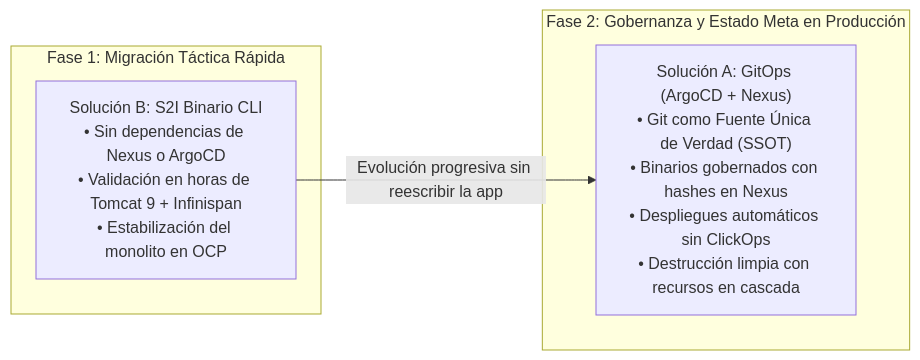
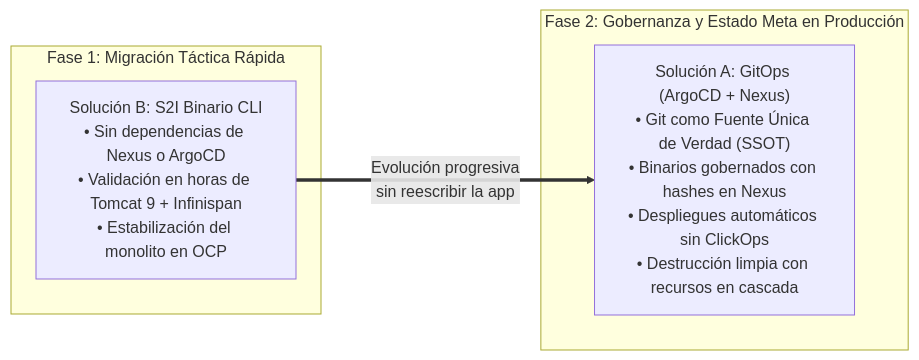
The first of 2 diagrams in README.md (nubenetes/OpenShift-MAEC-SCSP-J2EE-Lift-and-shift), drawn with Mermaid before and after one commit. The commit also changed other lines of this file and 1 other file, not shown here.

Commit message:
fix(diagrams): wrap long edge labels and expand link lengths to prevent SVG text clipping

````diff
--- a/README.md
+++ b/README.md
@@ -146,12 +146,12 @@
 ```mermaid
-graph LR
+flowchart LR
     subgraph Fase1["Fase 1: Migración Táctica Rápida"]
         SolB["Solución B: S2I Binario CLI<br/>• Sin dependencias de Nexus o ArgoCD<br/>• Validación en horas de Tomcat 9 + Infinispan<br/>• Estabilización del monolito en OCP"]
     end
 
     subgraph Fase2["Fase 2: Gobernanza y Estado Meta en Producción"]
         SolA["Solución A: GitOps (ArgoCD + Nexus)<br/>• Git como Fuente Única de Verdad (SSOT)<br/>• Binarios gobernados con hashes en Nexus<br/>• Despliegues automáticos sin ClickOps<br/>• Destrucción limpia con recursos en cascada"]
     end
 
-    SolB -->|Evolución progresiva sin reescribir la app| SolA
+    SolB ===>|Evolución progresiva<br/>sin reescribir la app| SolA
 ```
````
